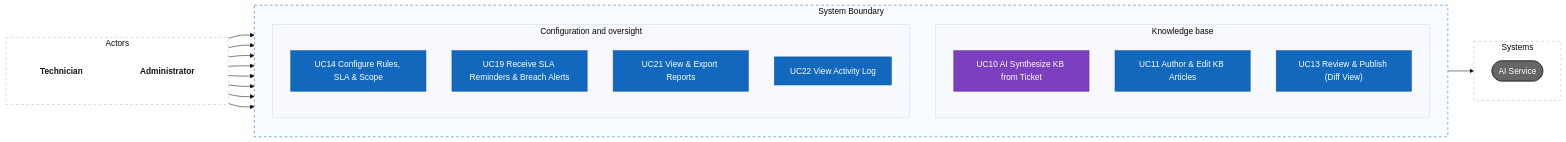
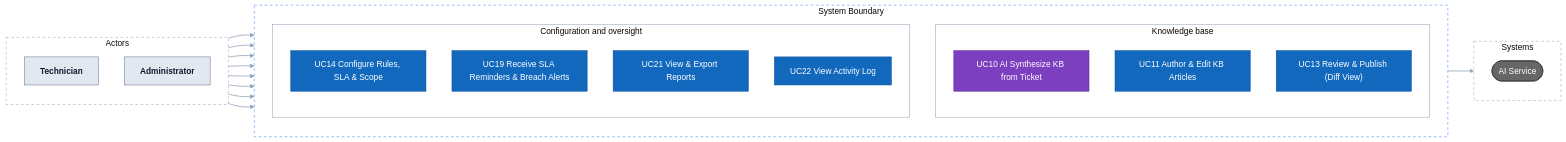
Before and after one commit to Akaza-ban/Fable: the fifth of 7 diagrams in README.md, drawn with Mermaid (base theme). The commit also changed other lines of this file, not shown here.

First line of the commit message:
docs(readme): make use case diagrams readable in dark mode

````diff
--- a/README.md
+++ b/README.md
@@ -214,46 +222,49 @@
 ```mermaid
 flowchart LR
     subgraph left["Actors"]
         direction TB
         tech["<b>Technician</b>"]
         admin["<b>Administrator</b>"]
     end
 
     subgraph system["System Boundary"]
         direction TB
         subgraph kb["Knowledge base"]
             direction TB
             uc10["UC10 AI Synthesize KB from Ticket"]
             uc11["UC11 Author & Edit KB Articles"]
             uc13["UC13 Review & Publish (Diff View)"]
         end
         subgraph config["Configuration and oversight"]
             direction TB
             uc14["UC14 Configure Rules, SLA & Scope"]
             uc19["UC19 Receive SLA Reminders & Breach Alerts"]
             uc21["UC21 View & Export Reports"]
             uc22["UC22 View Activity Log"]
         end
     end
 
     subgraph right["Systems"]
         direction TB
         aiSvc(["AI Service"])
     end
 
     tech --> uc10 & uc11
     admin --> uc11 & uc13 & uc14 & uc19 & uc21 & uc22
     uc10 --> aiSvc
 
-    classDef actor fill:none,stroke:none,color:#111
+    classDef actor fill:#e2e8f0,stroke:#64748b,color:#0f172a
     classDef usecase fill:#1168bd,color:#fff,stroke:#0b4f9e
     classDef ai fill:#7b3fbf,color:#fff,stroke:#5a2d8c
     classDef external fill:#666,color:#fff,stroke:#333
     class tech,admin actor
     class uc11,uc13,uc14,uc19,uc21,uc22 usecase
     class uc10 ai
     class aiSvc external
-    style left fill:#fff,stroke:#bbb,stroke-dasharray:5 5
-    style right fill:#fff,stroke:#bbb,stroke-dasharray:5 5
-    style system fill:#f8fbff,stroke:#1168bd,stroke-dasharray:5 5
+    style left fill:transparent,stroke:#94a3b8,stroke-dasharray:5 5
+    style right fill:transparent,stroke:#94a3b8,stroke-dasharray:5 5
+    style system fill:transparent,stroke:#3b82f6,stroke-dasharray:5 5
+    style kb fill:transparent,stroke:#94a3b8
+    style config fill:transparent,stroke:#94a3b8
+    linkStyle default stroke:#94a3b8,stroke-width:1.5px
 ```
````
